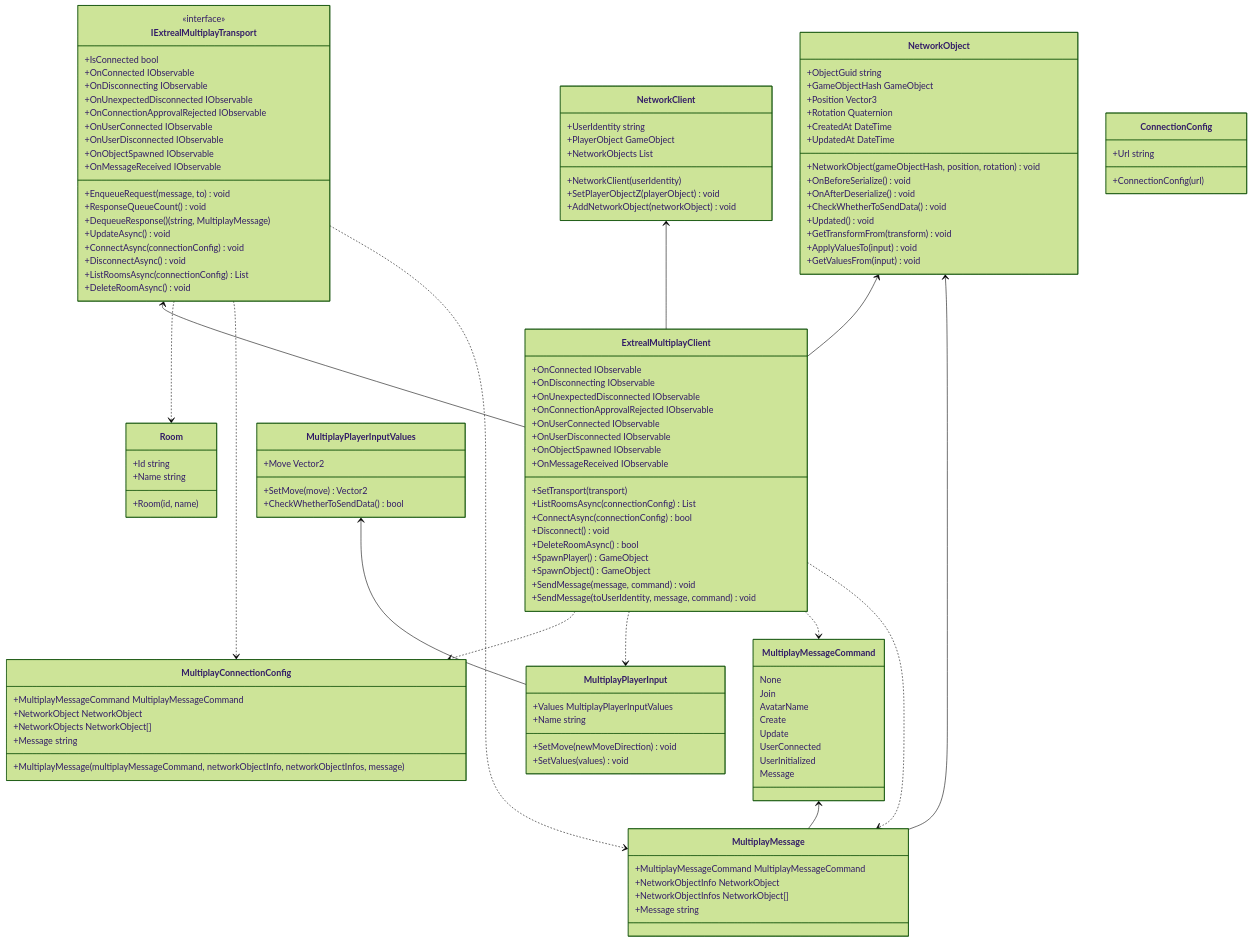
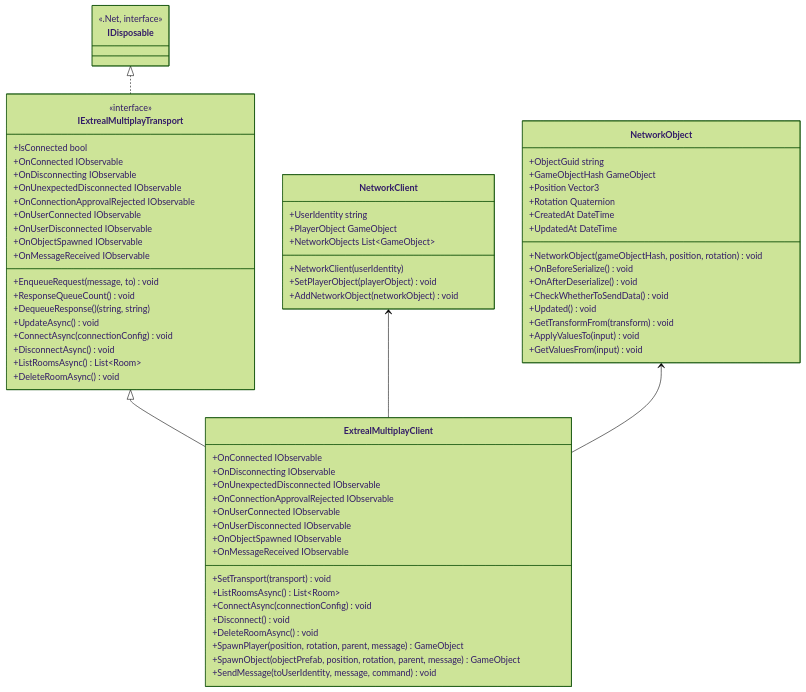
Before and after one commit to extreal-dev/Extreal.Guide: the diagram in docs/integration/multiplay.common.md, drawn with Mermaid (forest theme). The commit also changed other lines of this file and 8 other files, not shown here.

````diff
--- a/docs/integration/multiplay.common.md
+++ b/docs/integration/multiplay.common.md
@@ -22,21 +25,9 @@
 ```mermaid
 classDiagram
-
-    ExtrealMultiplayClient ..> MultiplayMessage
-    ExtrealMultiplayClient ..> MultiplayMessageCommand
-    ExtrealMultiplayClient ..> MultiplayPlayerInput
-    ExtrealMultiplayClient ..> MultiplayConnectionConfig
-    IExtrealMultiplayTransport ..> MultiplayMessage
-    IExtrealMultiplayTransport ..> MultiplayConnectionConfig
-    IExtrealMultiplayTransport ..> Room
-    NetworkObject <-- MultiplayMessage
-    MultiplayMessageCommand <-- MultiplayMessage
-
+    IExtrealMultiplayTransport <|-- ExtrealMultiplayClient
+    IDisposable <|.. IExtrealMultiplayTransport
     NetworkClient <-- ExtrealMultiplayClient
     NetworkObject <-- ExtrealMultiplayClient
-    IExtrealMultiplayTransport <-- ExtrealMultiplayClient
-    MultiplayPlayerInputValues <-- MultiplayPlayerInput
-
 
     class ExtrealMultiplayClient {
         +OnConnected IObservable
@@ -47,23 +38,22 @@
         +OnUserDisconnected IObservable
         +OnObjectSpawned IObservable
         +OnMessageReceived IObservable
-        +SetTransport(transport)
-        +ListRoomsAsync(connectionConfig) List<Room>
-        +ConnectAsync(connectionConfig) bool
+        +SetTransport(transport) void
+        +ListRoomsAsync() List~Room~
+        +ConnectAsync(connectionConfig) void
         +Disconnect() void
-        +DeleteRoomAsync() bool
-        +SpawnPlayer() GameObject
-        +SpawnObject() GameObject
-        +SendMessage(message, command) void
+        +DeleteRoomAsync() void
+        +SpawnPlayer(position, rotation, parent, message) GameObject
+        +SpawnObject(objectPrefab, position, rotation, parent, message) GameObject
         +SendMessage(toUserIdentity, message, command) void
     }
 
     class NetworkClient {
         +UserIdentity string
         +PlayerObject GameObject
-        +NetworkObjects List<GameObject>
+        +NetworkObjects List~GameObject~
         +NetworkClient(userIdentity)
-        +SetPlayerObjectZ(playerObject) void
+        +SetPlayerObject(playerObject) void
         +AddNetworkObject(networkObject) void
 
     }
@@ -99,61 +89,16 @@
         +OnMessageReceived IObservable
         +EnqueueRequest(message, to) void
         +ResponseQueueCount() void
-        +DequeueResponse() (string, MultiplayMessage)
+        +DequeueResponse() (string, string)
         +UpdateAsync() void
         +ConnectAsync(connectionConfig) void
         +DisconnectAsync() void
-        +ListRoomsAsync(connectionConfig) List<Room>
+        +ListRoomsAsync() List~Room~
         +DeleteRoomAsync() void
     }
 
-    class MultiplayMessage {
-        +MultiplayMessageCommand MultiplayMessageCommand
-        +NetworkObjectInfo NetworkObject
-        +NetworkObjectInfos NetworkObject[]
-        +Message string
+    class IDisposable {
+        <<.Net, interface>>
     }
-
-    class MultiplayMessageCommand {
-        None
-        Join
-        AvatarName
-        Create
-        Update
-        UserConnected
-        UserInitialized
-        Message
-    }
-
-    class ConnectionConfig {
-        +Url string
-        +ConnectionConfig(url)
-    }
-
-    class Room {
-        +Id string
-        +Name string
-        +Room(id, name)
-    }
-
-    class MultiplayPlayerInput {
-        +Values MultiplayPlayerInputValues
-        +Name string
-        +SetMove(newMoveDirection) void
-        +SetValues(values) void
-    }
-
-    class MultiplayPlayerInputValues {
-        +Move Vector2
-        +SetMove(move) Vector2
-        +CheckWhetherToSendData() bool
-    }
-
-    class MultiplayConnectionConfig {
-        +MultiplayMessageCommand MultiplayMessageCommand
-        +NetworkObject NetworkObject
-        +NetworkObjects NetworkObject[]
-        +Message string
-        +MultiplayMessage(multiplayMessageCommand, networkObjectInfo, networkObjectInfos, message)
-    }
+    
 ```
````
